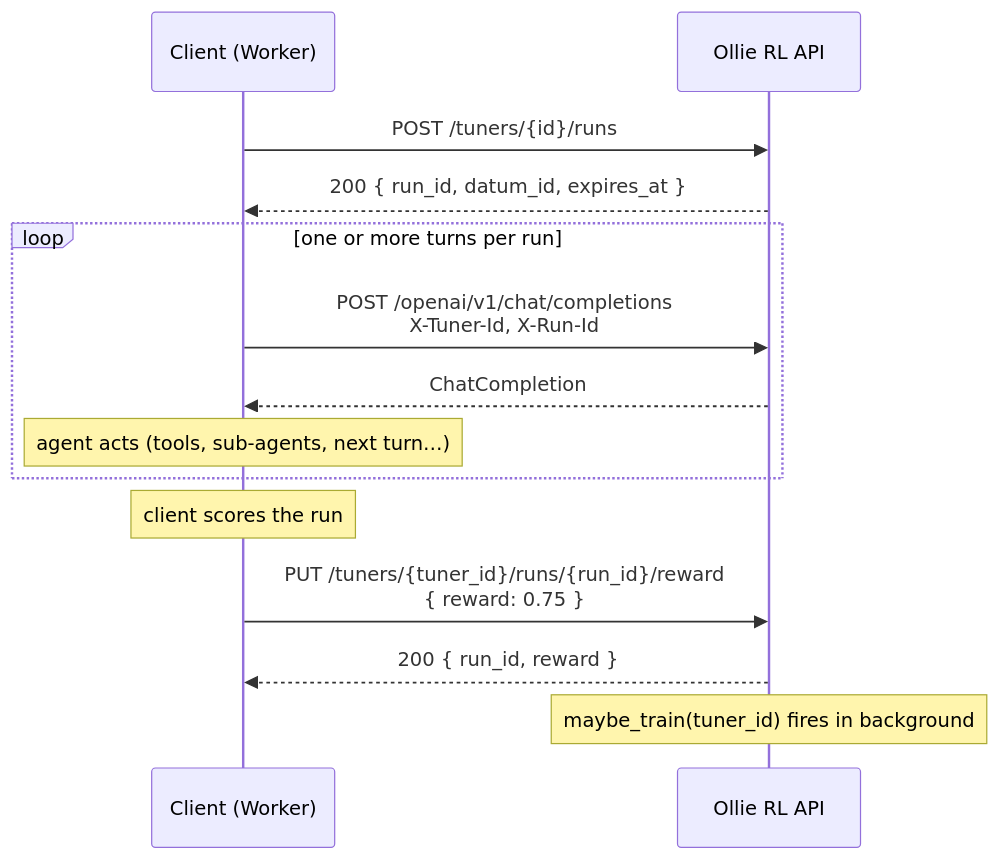
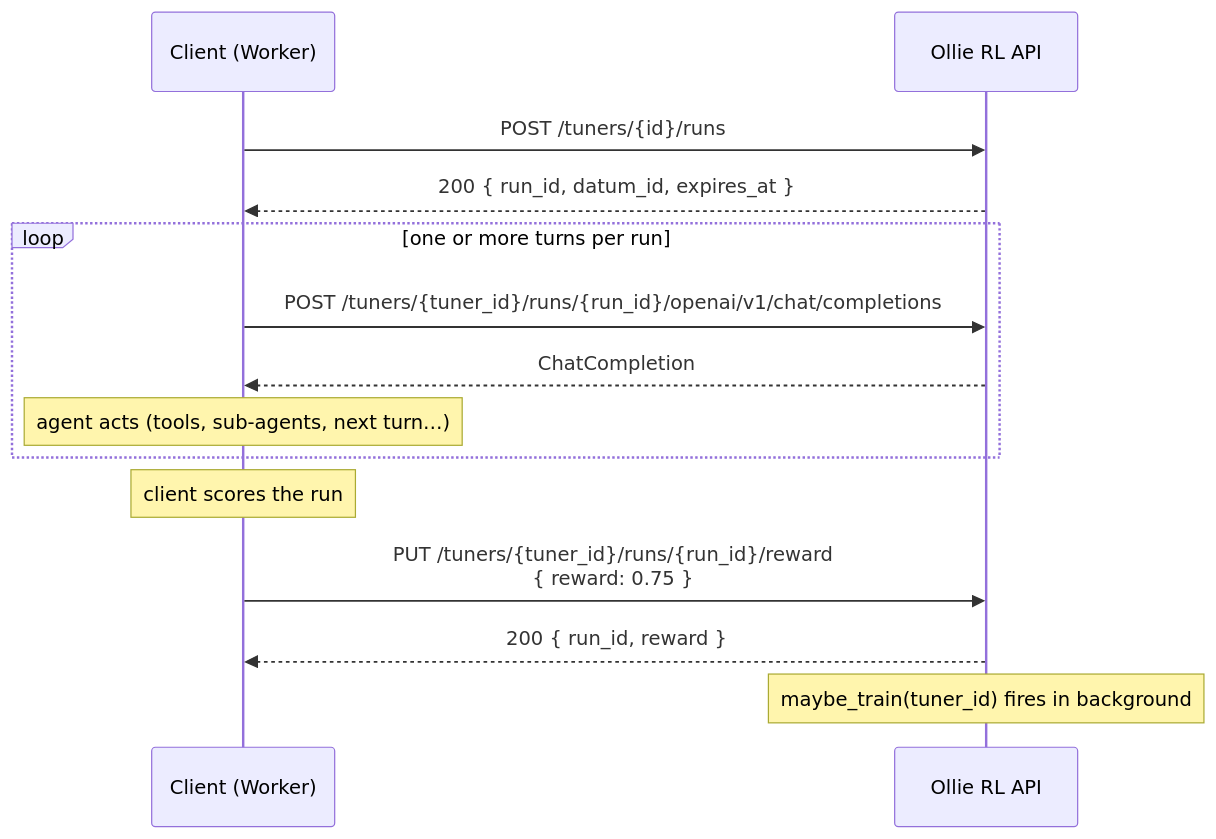
The second of 2 diagrams in .agents/skills/dev/references/sync-rl.md (wsxiaoys/ollie-rl), drawn with Mermaid before and after one commit. The commit also changed other lines of this file and 8 other files, not shown here.

Commit message:
fix: update API endpoints to use path-addressed structure for run assignments and completions

````diff
--- a/.agents/skills/dev/references/sync-rl.md
+++ b/.agents/skills/dev/references/sync-rl.md
@@ -106,17 +107,17 @@
 ```mermaid
 sequenceDiagram
     participant C as Client (Worker)
     participant API as Ollie RL API
 
     C->>API: POST /tuners/{id}/runs
     API-->>C: 200 { run_id, datum_id, expires_at }
     loop one or more turns per run
-        C->>API: POST /openai/v1/chat/completions<br/>X-Tuner-Id, X-Run-Id
+        C->>API: POST /tuners/{tuner_id}/runs/{run_id}/openai/v1/chat/completions
         API-->>C: ChatCompletion
         Note over C: agent acts (tools, sub-agents, next turn…)
     end
     Note over C: client scores the run
     C->>API: PUT /tuners/{tuner_id}/runs/{run_id}/reward<br/>{ reward: 0.75 }
     API-->>C: 200 { run_id, reward }
     Note over API: maybe_train(tuner_id) fires in background
 ```
````
